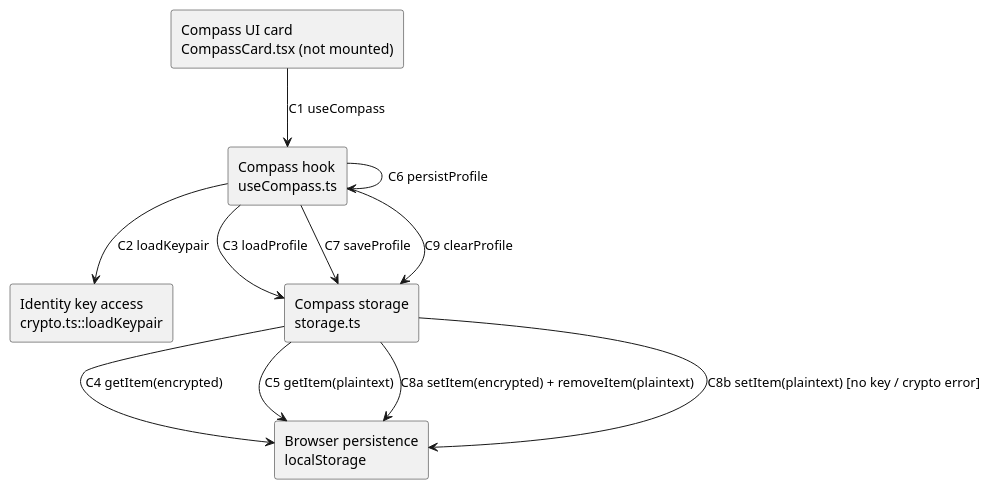
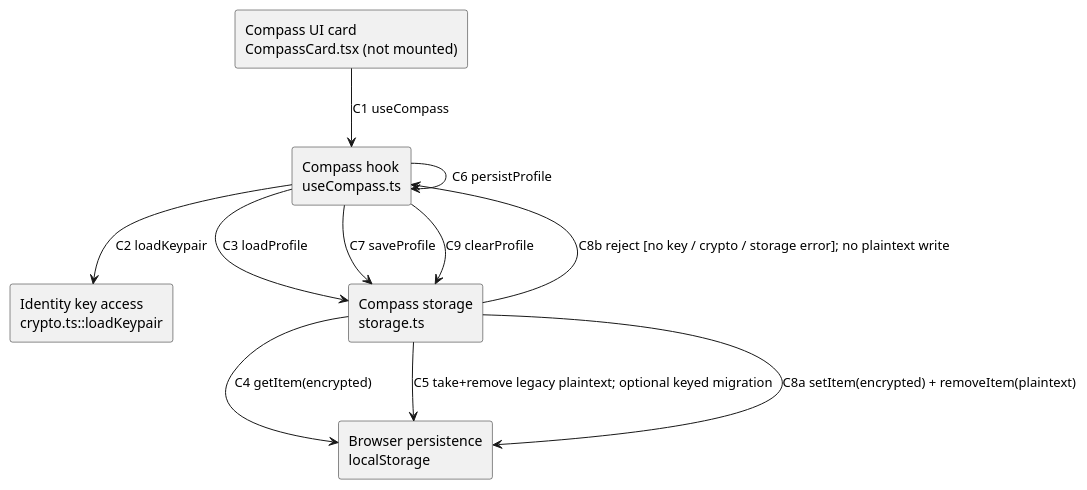
Before and after one commit to NeaBouli/pnyx: the fourth of 4 diagrams in docs/architecture/map.puml, drawn with PlantUML. The commit also changed other lines of this file and 2 other files, not shown here.

Commit message:
docs(architecture): record EKA-08 fail-closed state (T-488)

```diff
--- a/docs/architecture/map.puml
+++ b/docs/architecture/map.puml
@@ -74,20 +74,20 @@
 @startuml
 ' EKA-08 component diagram — arrows only for hops C1-C9
 skinparam componentStyle rectangle
 component "Compass UI card\nCompassCard.tsx (not mounted)" as CARD
 component "Compass hook\nuseCompass.ts" as HOOK
 component "Identity key access\ncrypto.ts::loadKeypair" as KEYS
 component "Compass storage\nstorage.ts" as STORE
 component "Browser persistence\nlocalStorage" as LS
 
 CARD --> HOOK : C1 useCompass
 HOOK --> KEYS : C2 loadKeypair
 HOOK --> STORE : C3 loadProfile
 STORE --> LS : C4 getItem(encrypted)
-STORE --> LS : C5 getItem(plaintext)
+STORE --> LS : C5 take+remove legacy plaintext; optional keyed migration
 HOOK --> HOOK : C6 persistProfile
 HOOK --> STORE : C7 saveProfile
 STORE --> LS : C8a setItem(encrypted) + removeItem(plaintext)
-STORE --> LS : C8b setItem(plaintext) [no key / crypto error]
+STORE --> HOOK : C8b reject [no key / crypto / storage error]; no plaintext write
 HOOK --> STORE : C9 clearProfile
 @enduml
```
